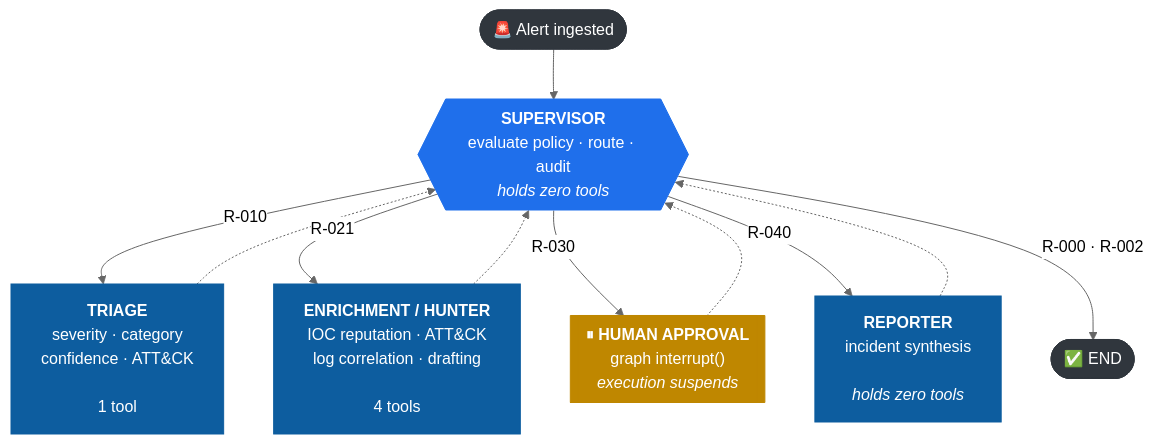
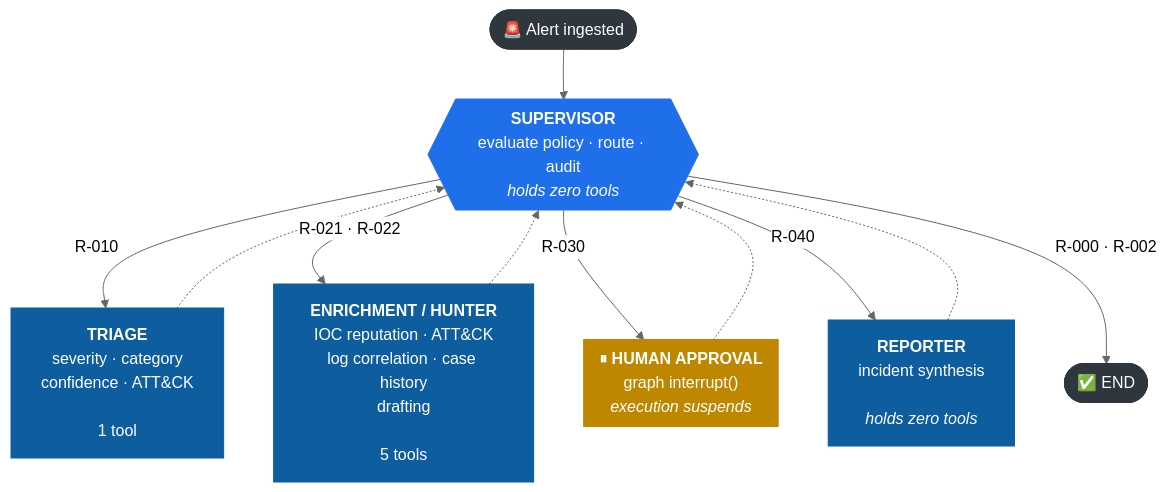
The second of 6 diagrams in README.md (bbrookhart/secure-agentic-soc), drawn with Mermaid (neutral theme) before and after one commit. The commit also changed other lines of this file and 2 other files, not shown here.

````diff
--- a/README.md
+++ b/README.md
@@ -102,26 +102,26 @@
 ```mermaid
 flowchart TB
     START(["🚨 Alert ingested"]) --> SUP
 
     SUP{{"<b>SUPERVISOR</b><br/>evaluate policy · route · audit<br/><i>holds zero tools</i>"}}
 
     SUP -->|"R-010"| TRI["<b>TRIAGE</b><br/>severity · category<br/>confidence · ATT&CK<br/><br/>1 tool"]
-    SUP -->|"R-021"| ENR["<b>ENRICHMENT / HUNTER</b><br/>IOC reputation · ATT&CK<br/>log correlation · drafting<br/><br/>4 tools"]
+    SUP -->|"R-021 · R-022"| ENR["<b>ENRICHMENT / HUNTER</b><br/>IOC reputation · ATT&CK<br/>log correlation · case history<br/>drafting<br/><br/>5 tools"]
     SUP -->|"R-030"| HIL[["<b>⏸ HUMAN APPROVAL</b><br/>graph interrupt()<br/><i>execution suspends</i>"]]
     SUP -->|"R-040"| REP["<b>REPORTER</b><br/>incident synthesis<br/><br/><i>holds zero tools</i>"]
     SUP -->|"R-000 · R-002"| FIN(["✅ END"])
 
     TRI -.-> SUP
     ENR -.-> SUP
     HIL -.-> SUP
     REP -.-> SUP
 
     classDef supervisor fill:#1F6FEB,stroke:#1F6FEB,color:#fff
     classDef agent fill:#0D5D9F,stroke:#0D5D9F,color:#fff
     classDef human fill:#BF8700,stroke:#BF8700,color:#fff
     classDef terminal fill:#30363D,stroke:#30363D,color:#fff
     class SUP supervisor
     class TRI,ENR,REP agent
     class HIL human
     class START,FIN terminal
 ```
````
